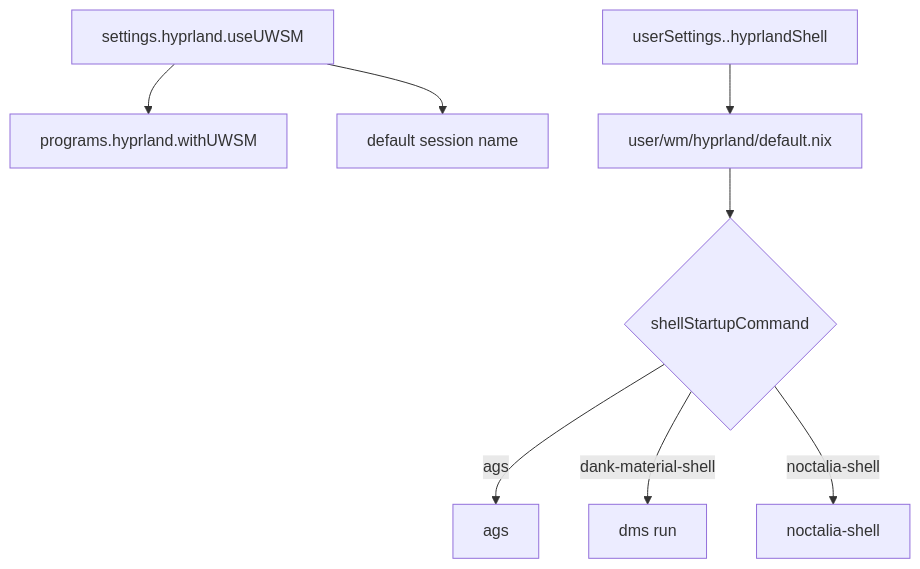
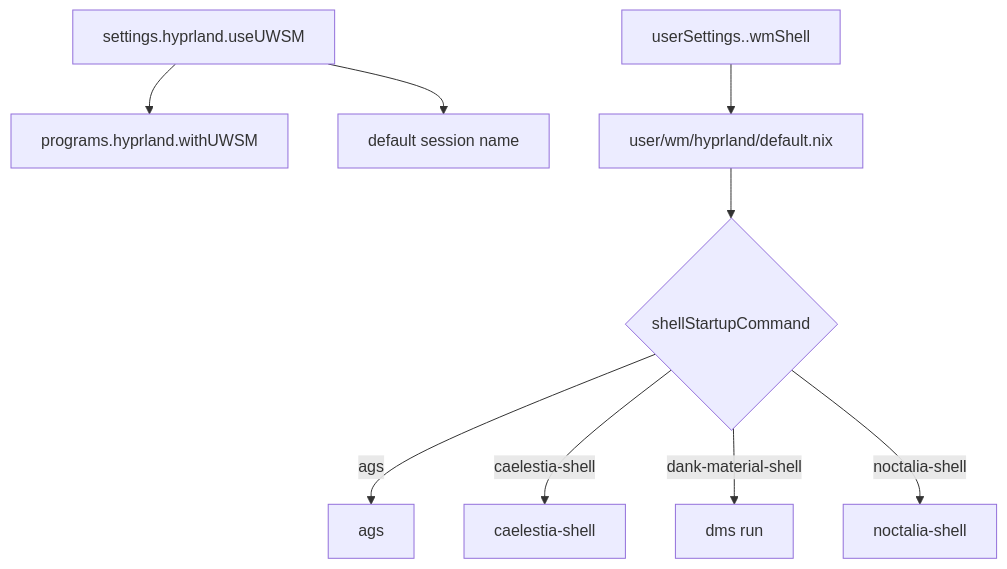
One commit to CodePixelWorks/j0nix-os changed the eighth of 10 diagrams in docs/architecture.md. Above: the diagram before and after it, drawn with Mermaid. The commit also changed other lines of this file and 1 other file, not shown here.

First line of the commit message:
docs(architecture,agents): update config flow and diagrams for new host mapping

````diff
--- a/docs/architecture.md
+++ b/docs/architecture.md
@@ -153,10 +150,11 @@
 ```mermaid
 flowchart TD
   A[settings.hyprland.useUWSM] --> B[programs.hyprland.withUWSM]
   A --> C[default session name]
-  D[userSettings.<name>.hyprlandShell] --> E[user/wm/hyprland/default.nix]
+  D[userSettings.<name>.wmShell] --> E[user/wm/hyprland/default.nix]
   E --> F{shellStartupCommand}
   F -->|ags| G[ags]
-  F -->|dank-material-shell| H[dms run]
-  F -->|noctalia-shell| I[noctalia-shell]
+  F -->|caelestia-shell| H[caelestia-shell]
+  F -->|dank-material-shell| I[dms run]
+  F -->|noctalia-shell| J[noctalia-shell]
 ```
````
